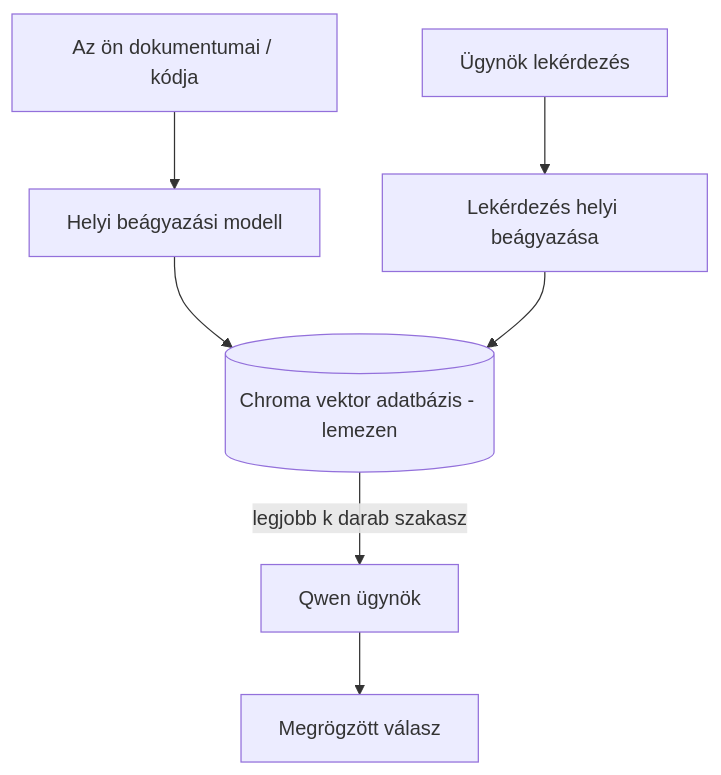
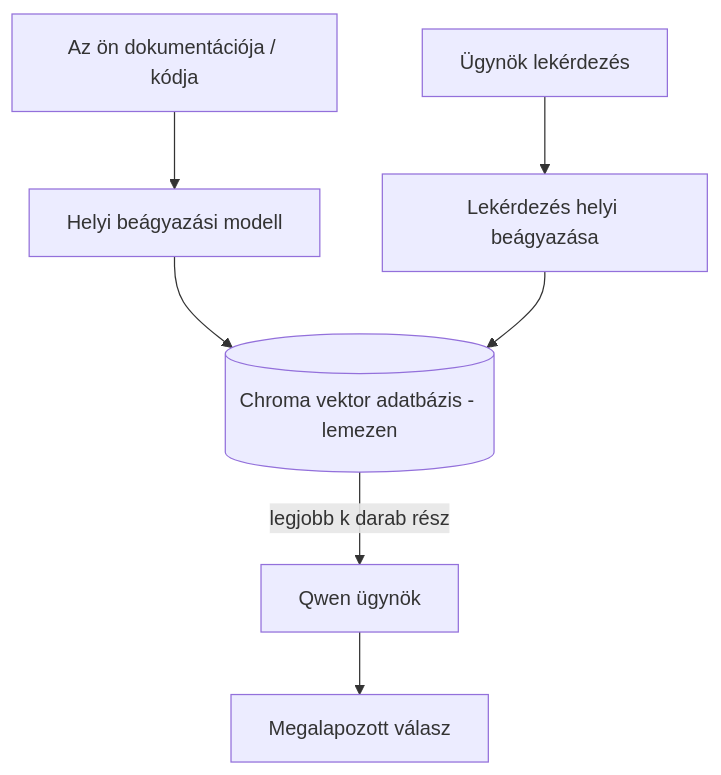
Before and after one commit to gabrielmoreira/agent-skills-mirror: the third of 4 diagrams in mirrors/repos/microsoft@ai-agents-for-beginners/translations/hu/17-creating-local-ai-agents/README.md, drawn with Mermaid. The commit also changed other lines of this file and 4262 other files, not shown here.

````diff
--- a/mirrors/repos/microsoft@ai-agents-for-beginners/translations/hu/17-creating-local-ai-agents/README.md
+++ b/mirrors/repos/microsoft@ai-agents-for-beginners/translations/hu/17-creating-local-ai-agents/README.md
@@ -125,9 +125,9 @@
 ```mermaid
 flowchart TB
-    D[Az ön dokumentumai / kódja] --> E[Helyi beágyazási modell]
+    D[Az ön dokumentációja / kódja] --> E[Helyi beágyazási modell]
     E --> V[(Chroma vektor adatbázis - lemezen)]
     Q[Ügynök lekérdezés] --> QE[Lekérdezés helyi beágyazása]
     QE --> V
-    V -->|legjobb k darab szakasz| A[Qwen ügynök]
-    A --> Ans[Megrögzött válasz]
+    V -->|legjobb k darab rész| A[Qwen ügynök]
+    A --> Ans[Megalapozott válasz]
 ```
````
